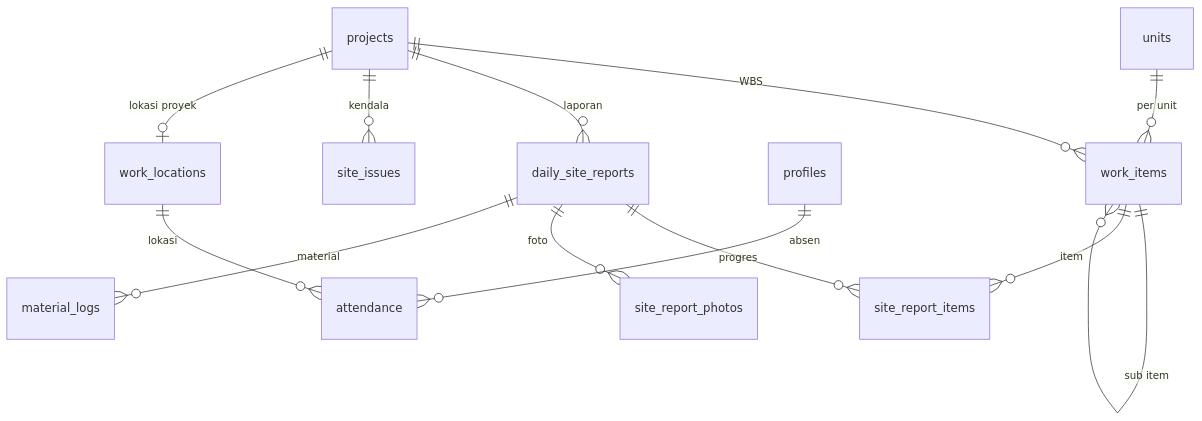
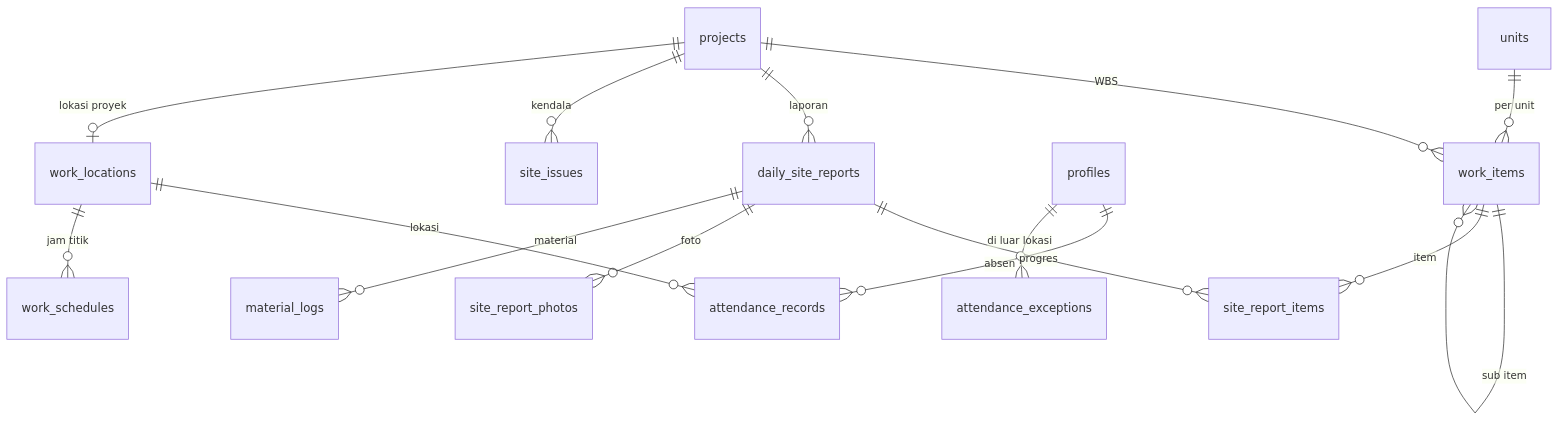
Before and after one commit to kisg-project/kisg-web: the fifth of 5 diagrams in docs/data-model.md, drawn with Mermaid. The commit also changed other lines of this file and 33 other files, not shown here.

First line of the commit message:
feat(attendance): clock in and out with face check, gps radius, work hours (#21)

````diff
--- a/docs/data-model.md
+++ b/docs/data-model.md
@@ -169,15 +169,17 @@
 ```mermaid
 erDiagram
   projects ||--o{ work_items : "WBS"
   units ||--o{ work_items : "per unit"
   work_items ||--o{ work_items : "sub item"
   projects ||--o{ daily_site_reports : "laporan"
   daily_site_reports ||--o{ site_report_items : "progres"
   work_items ||--o{ site_report_items : "item"
   daily_site_reports ||--o{ site_report_photos : "foto"
   daily_site_reports ||--o{ material_logs : "material"
   projects ||--o{ site_issues : "kendala"
-  profiles ||--o{ attendance : "absen"
-  work_locations ||--o{ attendance : "lokasi"
+  profiles ||--o{ attendance_records : "absen"
+  work_locations ||--o{ attendance_records : "lokasi"
+  profiles ||--o{ attendance_exceptions : "di luar lokasi"
+  work_locations ||--o{ work_schedules : "jam titik"
   projects ||--o| work_locations : "lokasi proyek"
 ```
````
